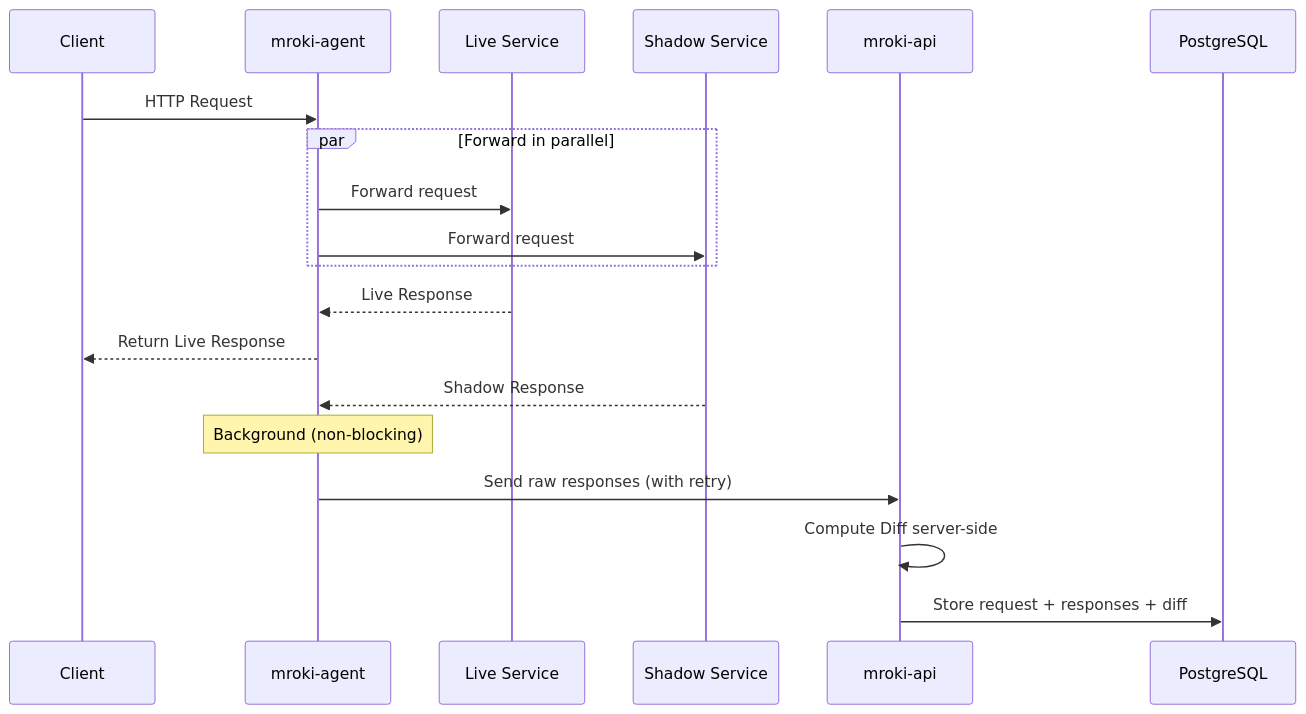
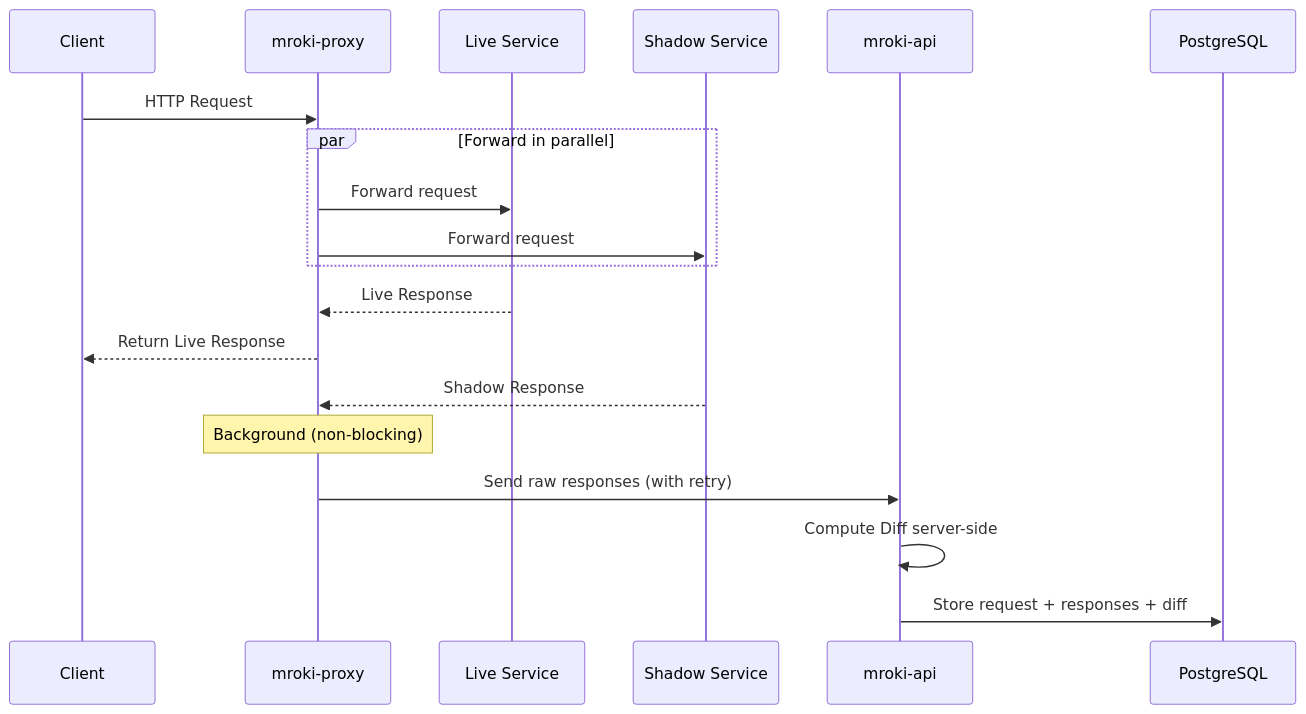
The second of 5 diagrams in docs/architecture/OVERVIEW.md (pedrobarco/mroki), drawn with Mermaid before and after one commit. The commit also changed other lines of this file and 32 other files, not shown here.

First line of the commit message:
refactor: rename mroki-agent to mroki-proxy

````diff
--- a/docs/architecture/OVERVIEW.md
+++ b/docs/architecture/OVERVIEW.md
@@ -115,22 +115,22 @@
 ```mermaid
 sequenceDiagram
     participant C as Client
-    participant A as mroki-agent
+    participant P as mroki-proxy
     participant L as Live Service
     participant S as Shadow Service
     participant API as mroki-api
     participant DB as PostgreSQL
 
-    C->>A: HTTP Request
+    C->>P: HTTP Request
     par Forward in parallel
-        A->>L: Forward request
-        A->>S: Forward request
+        P->>L: Forward request
+        P->>S: Forward request
     end
-    L-->>A: Live Response
-    A-->>C: Return Live Response
-    S-->>A: Shadow Response
-    Note over A: Background (non-blocking)
-    A->>API: Send raw responses (with retry)
+    L-->>P: Live Response
+    P-->>C: Return Live Response
+    S-->>P: Shadow Response
+    Note over P: Background (non-blocking)
+    P->>API: Send raw responses (with retry)
     API->>API: Compute Diff server-side
     API->>DB: Store request + responses + diff
 ```
````
